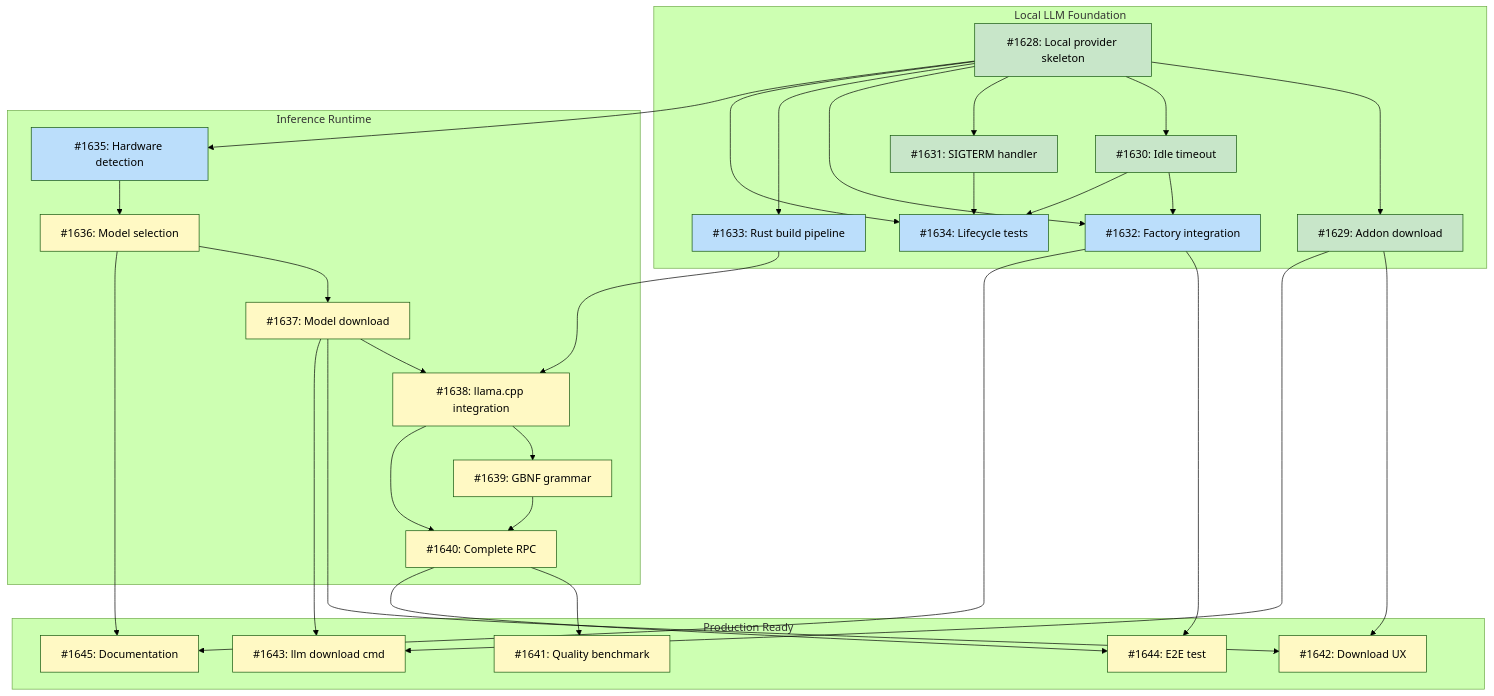
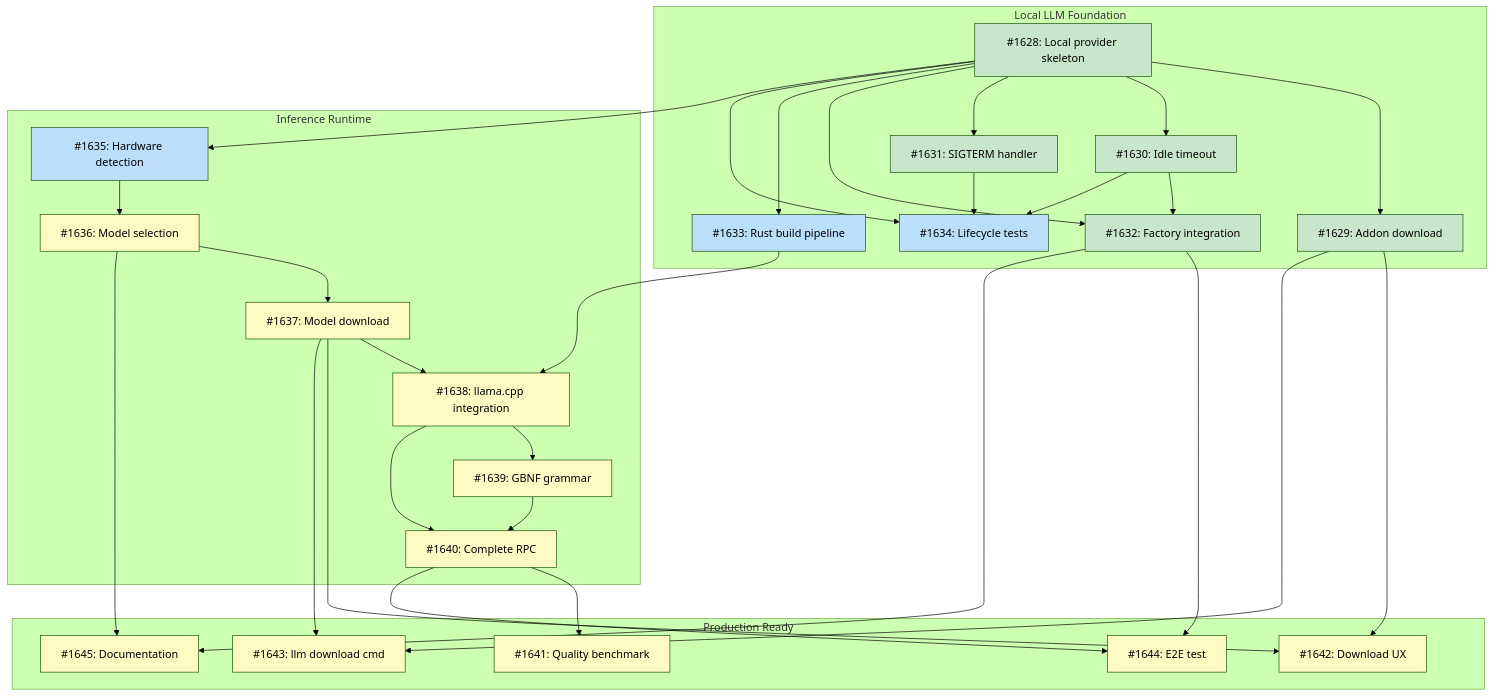
Before and after one commit to tsukumogami/tsuku: the diagram in docs/designs/DESIGN-local-llm-runtime.md, drawn with Mermaid (forest theme). The commit also changed other lines of this file and 4 other files, not shown here.

````diff
--- a/docs/designs/DESIGN-local-llm-runtime.md
+++ b/docs/designs/DESIGN-local-llm-runtime.md
@@ -74,65 +74,65 @@
 ```mermaid
 graph TD
     subgraph M1["Local LLM Foundation"]
         I1628["#1628: Local provider skeleton"]
         I1629["#1629: Addon download"]
         I1630["#1630: Idle timeout"]
         I1631["#1631: SIGTERM handler"]
         I1632["#1632: Factory integration"]
         I1633["#1633: Rust build pipeline"]
         I1634["#1634: Lifecycle tests"]
     end
 
     subgraph M2["Inference Runtime"]
         I1635["#1635: Hardware detection"]
         I1636["#1636: Model selection"]
         I1637["#1637: Model download"]
         I1638["#1638: llama.cpp integration"]
         I1639["#1639: GBNF grammar"]
         I1640["#1640: Complete RPC"]
     end
 
     subgraph M3["Production Ready"]
         I1641["#1641: Quality benchmark"]
         I1642["#1642: Download UX"]
         I1643["#1643: llm download cmd"]
         I1644["#1644: E2E test"]
         I1645["#1645: Documentation"]
     end
 
     I1628 --> I1629
     I1628 --> I1630
     I1628 --> I1631
     I1628 --> I1632
     I1630 --> I1632
     I1628 --> I1633
     I1628 --> I1634
     I1630 --> I1634
     I1631 --> I1634
     I1628 --> I1635
     I1635 --> I1636
     I1636 --> I1637
     I1633 --> I1638
     I1637 --> I1638
     I1638 --> I1639
     I1638 --> I1640
     I1639 --> I1640
     I1640 --> I1641
     I1629 --> I1642
     I1637 --> I1642
     I1629 --> I1643
     I1637 --> I1643
     I1640 --> I1644
     I1632 --> I1644
     I1632 --> I1645
     I1636 --> I1645
 
     classDef done fill:#c8e6c9
     classDef ready fill:#bbdefb
     classDef blocked fill:#fff9c4
     classDef needsDesign fill:#e1bee7
 
-    class I1628,I1629,I1630,I1631 done
-    class I1632,I1633,I1634,I1635 ready
+    class I1628,I1629,I1630,I1631,I1632 done
+    class I1633,I1634,I1635 ready
     class I1636,I1637,I1638,I1639,I1640,I1641,I1642,I1643,I1644,I1645 blocked
 ```
````
